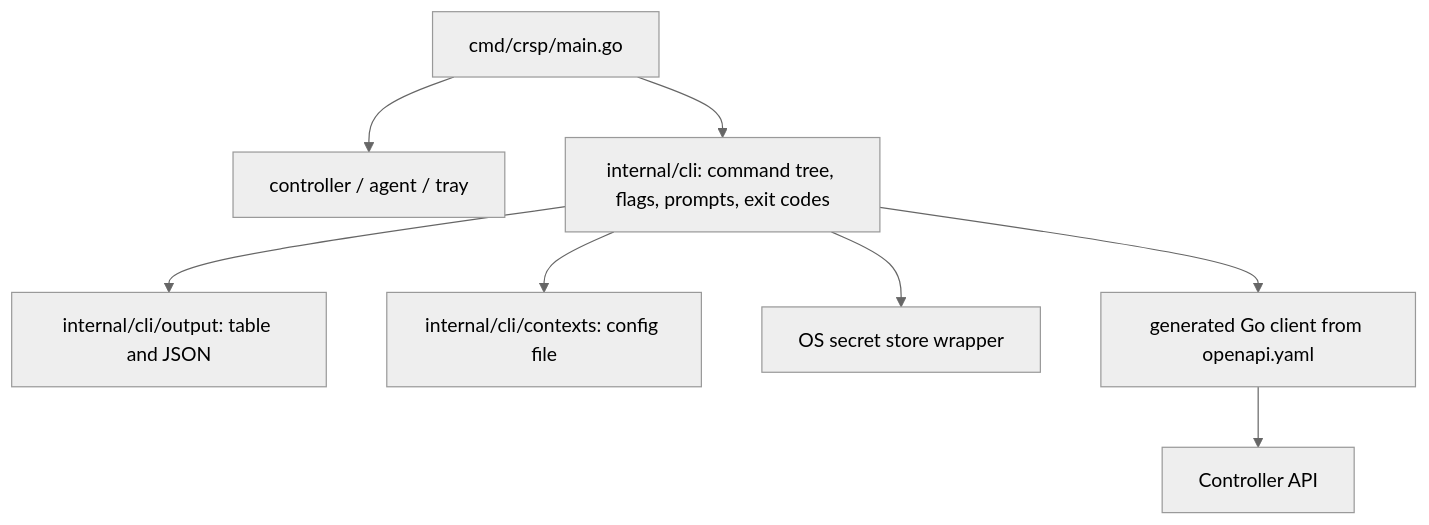
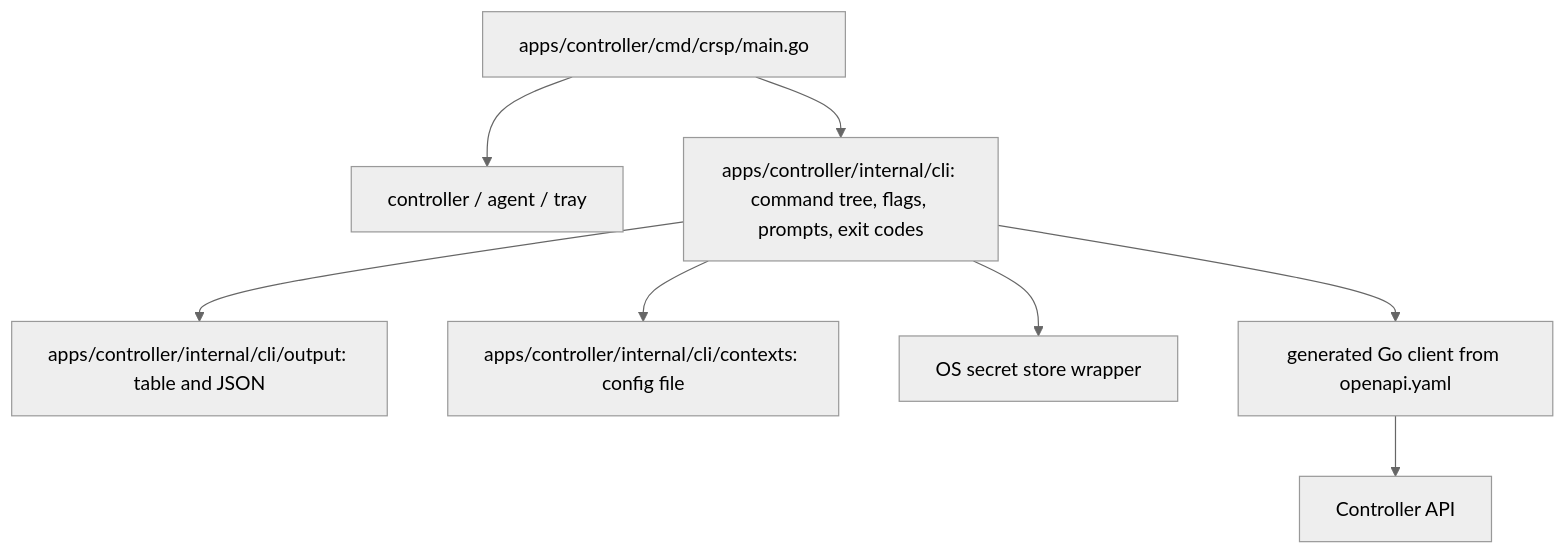
Before and after one commit to luis-mc/ci-runners-shared-pool: the third of 3 diagrams in docs/features/cli/spec.md, drawn with Mermaid (neutral theme). The commit also changed other lines of this file and 3388 other files, not shown here.

First line of the commit message:
CRSP306: move the Go server to apps/controller and the console to apps/controller-console (#484)

````diff
--- a/docs/features/cli/spec.md
+++ b/docs/features/cli/spec.md
@@ -266,10 +266,10 @@
 ```mermaid
 flowchart TB
-  main[cmd/crsp/main.go] --> modes[controller / agent / tray]
-  main --> cli[internal/cli: command tree, flags, prompts, exit codes]
-  cli --> out[internal/cli/output: table and JSON]
-  cli --> ctx[internal/cli/contexts: config file]
+  main[apps/controller/cmd/crsp/main.go] --> modes[controller / agent / tray]
+  main --> cli[apps/controller/internal/cli: command tree, flags, prompts, exit codes]
+  cli --> out[apps/controller/internal/cli/output: table and JSON]
+  cli --> ctx[apps/controller/internal/cli/contexts: config file]
   cli --> sec[OS secret store wrapper]
   cli --> gen[generated Go client from openapi.yaml]
   gen --> api[Controller API]
 ```
````
